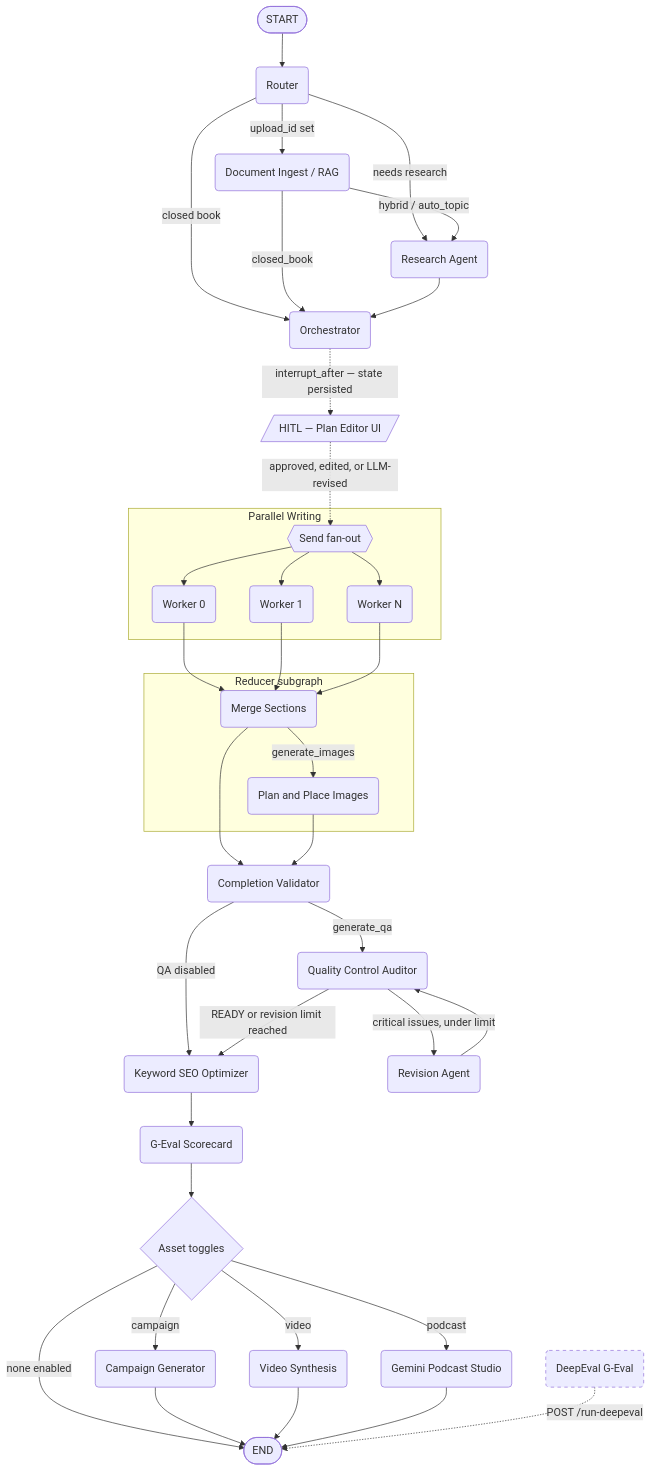
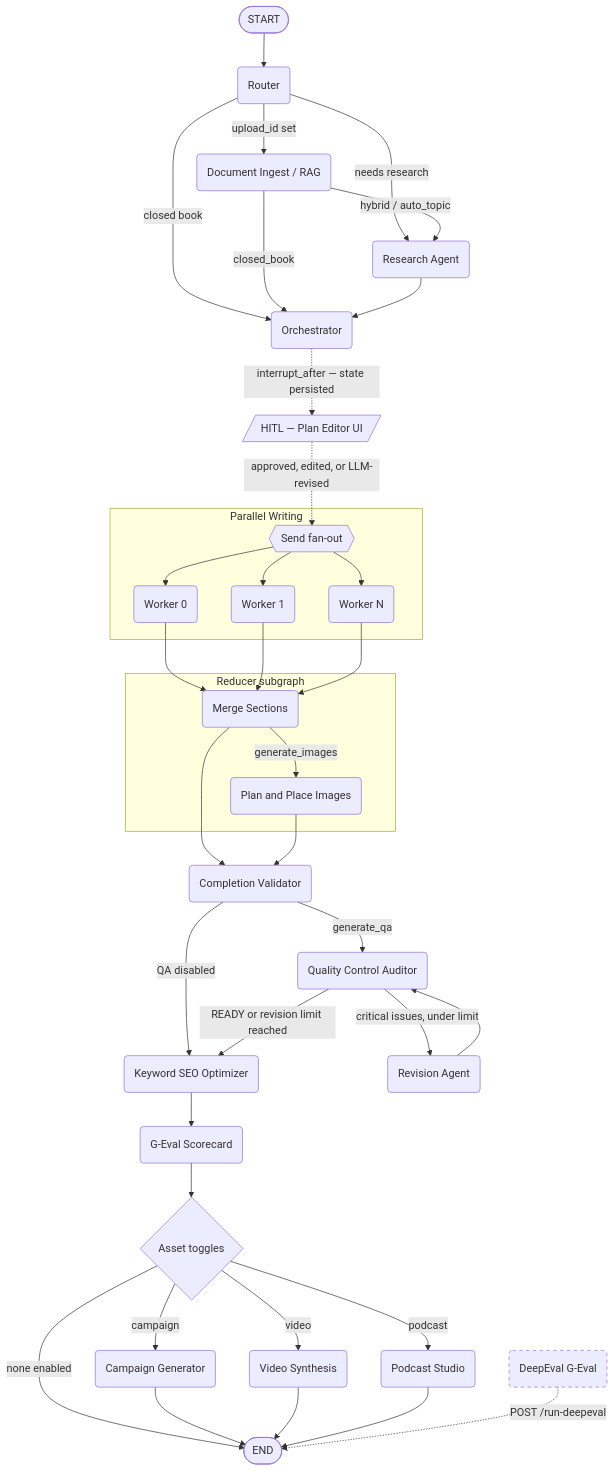
Before and after one commit to Shah-123/Ai-Content-Facotry: the diagram in readme.md, drawn with Mermaid. The commit also changed other lines of this file and 6 other files, not shown here.

First line of the commit message:
chore: remove the Gemini podcast and image paths

````diff
--- a/readme.md
+++ b/readme.md
@@ -44,52 +44,52 @@
 ```mermaid
 graph TD
     START([START]) --> B(Router)
 
     B -->|upload_id set| ING(Document Ingest / RAG)
     B -->|needs research| C(Research Agent)
     B -->|closed book| D(Orchestrator)
     ING -->|closed_book| D
     ING -->|hybrid / auto_topic| C
     C --> D
 
     D -.->|"interrupt_after — state persisted"| E[/"HITL — Plan Editor UI"/]
     E -.->|"approved, edited, or LLM-revised"| F{{Send fan-out}}
 
     subgraph PAR [Parallel Writing]
         F --> G0(Worker 0)
         F --> G1(Worker 1)
         F --> GN(Worker N)
     end
 
     G0 --> H
     G1 --> H
     GN --> H
 
     subgraph RED [Reducer subgraph]
         H(Merge Sections) -->|generate_images| H2("Plan and Place Images")
     end
 
     H --> CV(Completion Validator)
     H2 --> CV
 
     CV -->|generate_qa| I(Quality Control Auditor)
     CV -->|QA disabled| K
     I -->|"critical issues, under limit"| J(Revision Agent)
     J --> I
     I -->|"READY or revision limit reached"| K(Keyword SEO Optimizer)
 
     K --> P(G-Eval Scorecard)
 
     P --> L{Asset toggles}
     L -->|campaign| M(Campaign Generator)
     L -->|video| N(Video Synthesis)
-    L -->|podcast| O(Gemini Podcast Studio)
+    L -->|podcast| O(Podcast Studio)
     L -->|none enabled| Z
 
     M --> Z([END])
     N --> Z
     O --> Z
 
     DE(DeepEval G-Eval):::ondemand -.->|"POST /run-deepeval"| Z
     classDef ondemand stroke-dasharray: 5 5
 ```
````
